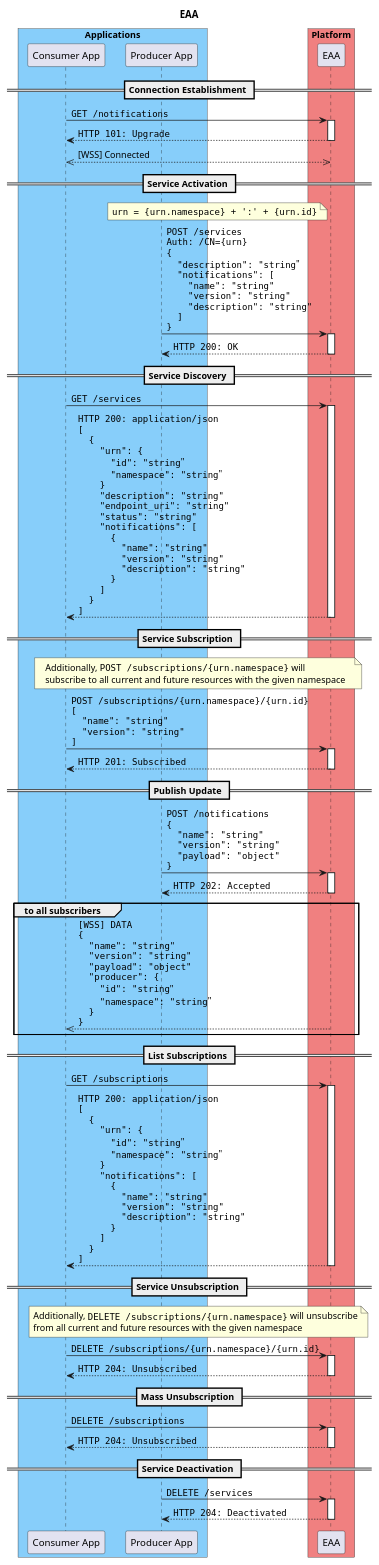
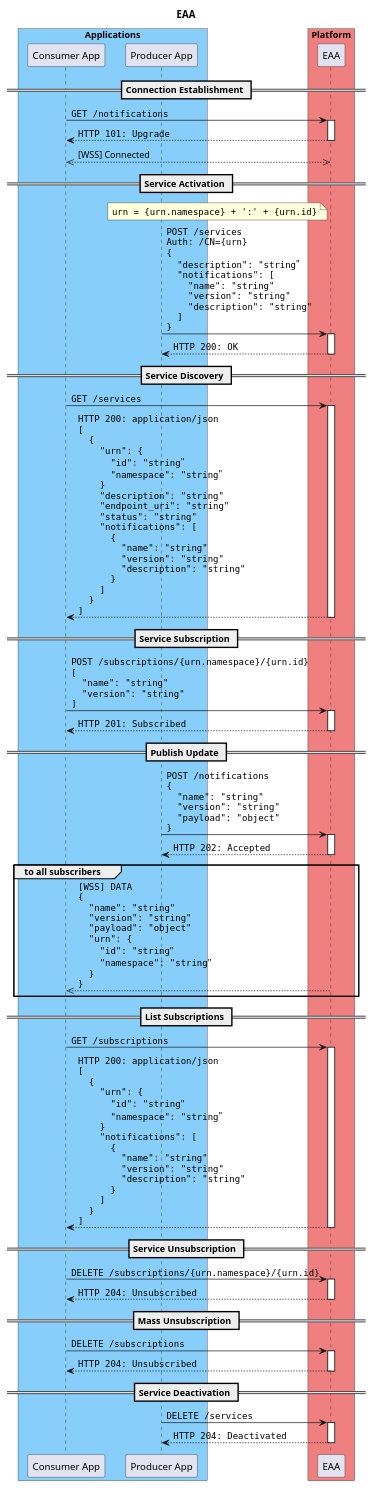
One commit to smart-edge-open/specs changed the diagram in eaa/README.md. Above: the diagram before and after it, drawn with PlantUML.

Commit message:
Remove unsupported features + fix notification field from EAA plantuml from EAA readme file (#32)

```diff
--- a/eaa/README.md
+++ b/eaa/README.md
@@ -108,8 +108,6 @@
 ""]""
 
 == Service Subscription ==
-note over app1, eaa: Additionally, ""POST /subscriptions/{urn.namespace}"" will\n\
-subscribe to all current and future resources with the given namespace
 app1 -> eaa: ""POST /subscriptions/{urn.namespace}/{urn.id}""\n\
 ""[ ""\n\
 ""  "name": "string" ""\n\
@@ -133,7 +131,7 @@
 ""  "name": "string" ""\n\
 ""  "version": "string" ""\n\
 ""  "payload": "object" ""\n\
-""  "producer": {""\n\
+""  "urn": {""\n\
 ""    "id": "string"""\n\
 ""    "namespace": "string"""\n\
 ""  }""\n\
@@ -161,8 +159,6 @@
 ""]""
 
 == Service Unsubscription ==
-note over app1, eaa: Additionally, ""DELETE /subscriptions/{urn.namespace}"" will unsubscribe\n\
-from all current and future resources with the given namespace
 app1 -> eaa: ""DELETE /subscriptions/{urn.namespace}/{urn.id}""
 activate eaa
 return ""HTTP 204: Unsubscribed""
```
